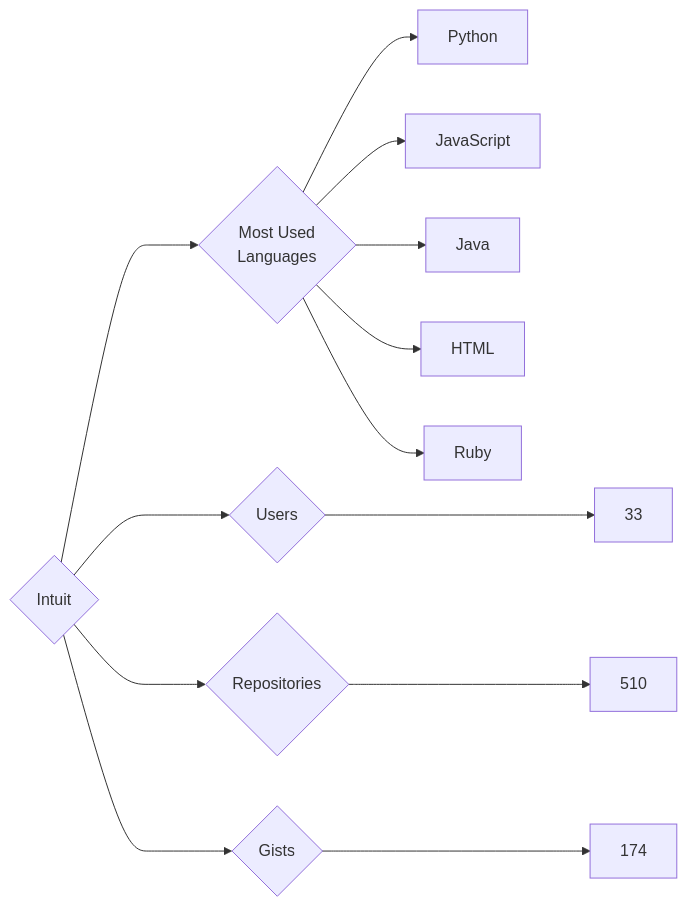
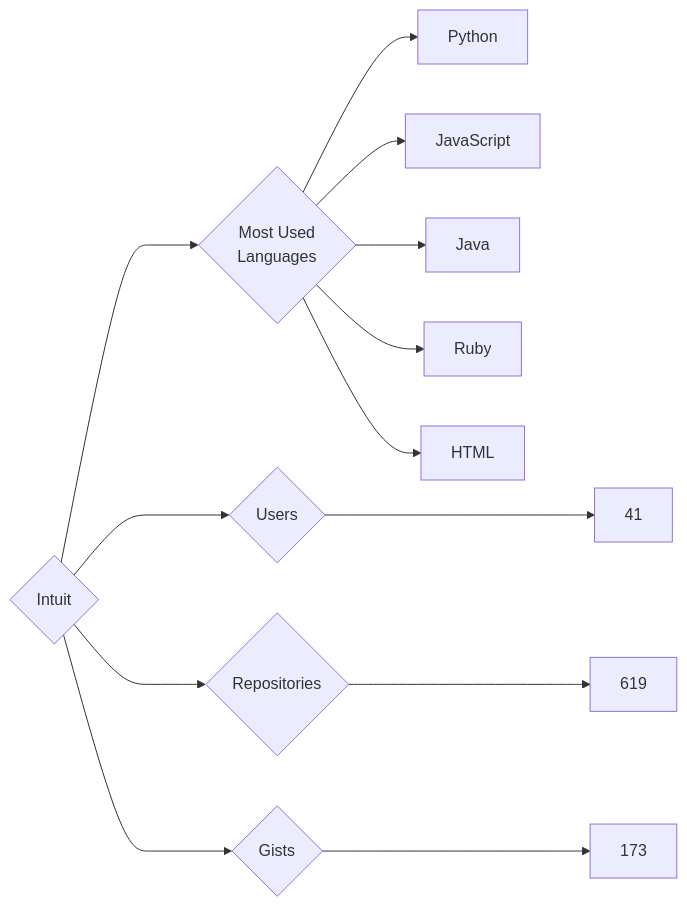
Before and after one commit to trickest/insiders: the diagram in targets/Intuit/README.md, drawn with Mermaid. The commit also changed 912 other files, not shown here.

````diff
--- a/targets/Intuit/README.md
+++ b/targets/Intuit/README.md
@@ -3,13 +3,13 @@
 ```mermaid
 graph LR
 COMPANY_NAME{Intuit}
-COMPANY_NAME ---> U{Users} ---> UN[33]
-COMPANY_NAME ---> R{Repositories} ---> RN[510]
-COMPANY_NAME ---> G{Gists} ---> GN[174]
+COMPANY_NAME ---> U{Users} ---> UN[41]
+COMPANY_NAME ---> R{Repositories} ---> RN[619]
+COMPANY_NAME ---> G{Gists} ---> GN[173]
 COMPANY_NAME ---> ML{Most Used<br>Languages}
 ML --> Python[Python]
 ML --> JavaScript[JavaScript]
 ML --> Java[Java]
+ML --> Ruby[Ruby]
 ML --> HTML[HTML]
-ML --> Ruby[Ruby]
 ```
````
